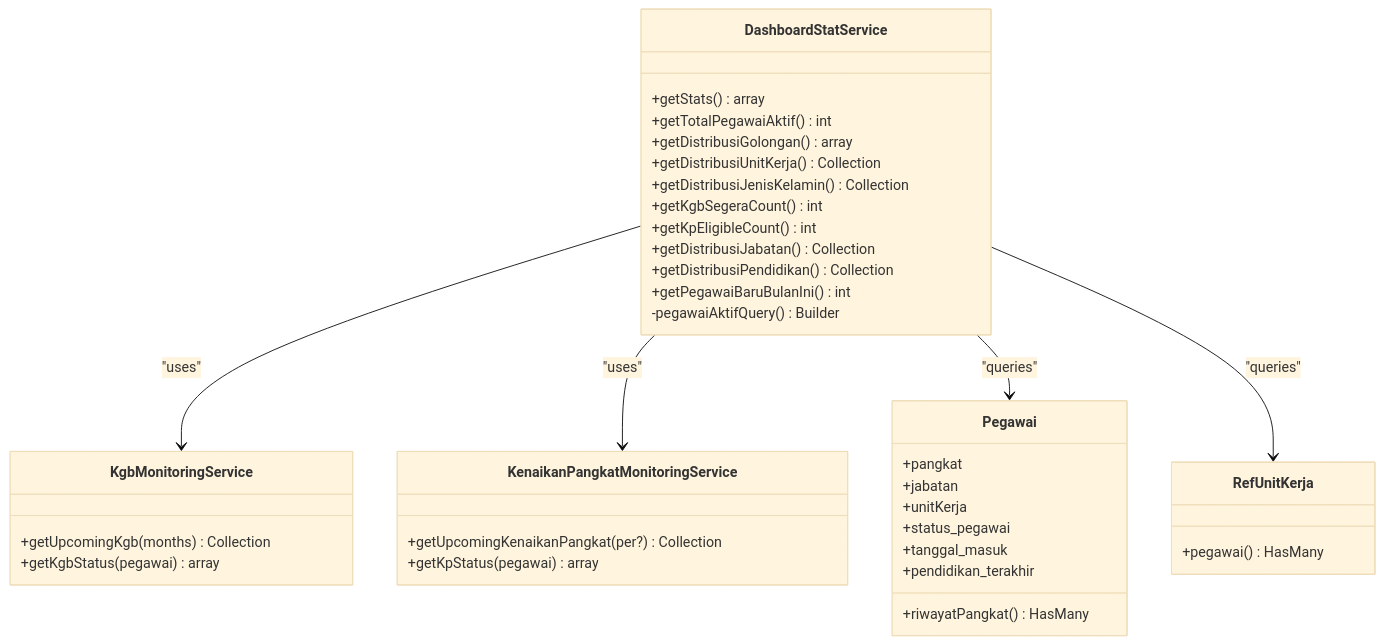
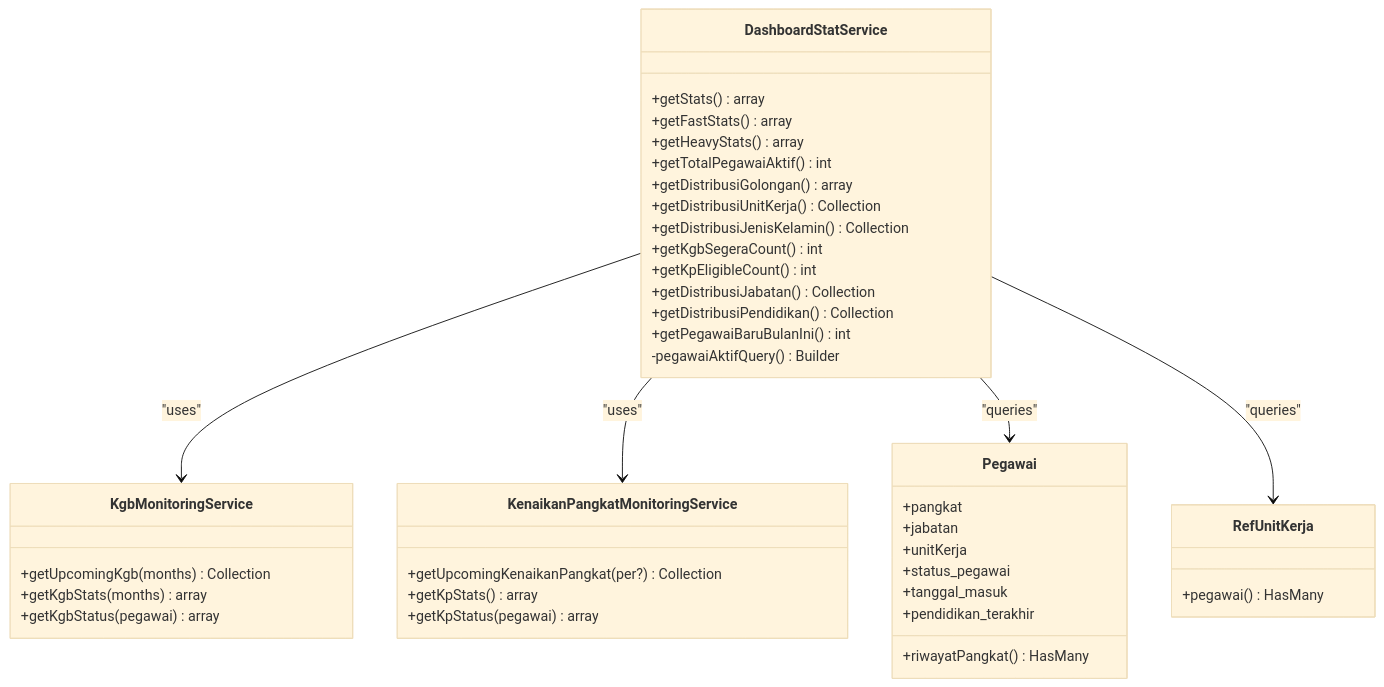
Before and after one commit to PA-Penajam/kepegawaian_apps: the third of 5 diagrams in .qoder/repowiki/en/content/Monitoring and Analytics System/Dashboard Analytics and Statistics.md, drawn with Mermaid (base theme). The commit also changed other lines of this file and 22 other files, not shown here.

````diff
--- a/.qoder/repowiki/en/content/Monitoring and Analytics System/Dashboard Analytics and Statistics.md
+++ b/.qoder/repowiki/en/content/Monitoring and Analytics System/Dashboard Analytics and Statistics.md
@@ -169,40 +205,44 @@
 ```mermaid
 classDiagram
 class DashboardStatService {
 +getStats() array
++getFastStats() array
++getHeavyStats() array
 +getTotalPegawaiAktif() int
 +getDistribusiGolongan() array
 +getDistribusiUnitKerja() Collection
 +getDistribusiJenisKelamin() Collection
 +getKgbSegeraCount() int
 +getKpEligibleCount() int
 +getDistribusiJabatan() Collection
 +getDistribusiPendidikan() Collection
 +getPegawaiBaruBulanIni() int
 -pegawaiAktifQuery() Builder
 }
 class KgbMonitoringService {
 +getUpcomingKgb(months) Collection
++getKgbStats(months) array
 +getKgbStatus(pegawai) array
 }
 class KenaikanPangkatMonitoringService {
 +getUpcomingKenaikanPangkat(per?) Collection
++getKpStats() array
 +getKpStatus(pegawai) array
 }
 class Pegawai {
 +riwayatPangkat() HasMany
 +pangkat
 +jabatan
 +unitKerja
 +status_pegawai
 +tanggal_masuk
 +pendidikan_terakhir
 }
 class RefUnitKerja {
 +pegawai() HasMany
 }
 DashboardStatService --> KgbMonitoringService : "uses"
 DashboardStatService --> KenaikanPangkatMonitoringService : "uses"
 DashboardStatService --> Pegawai : "queries"
 DashboardStatService --> RefUnitKerja : "queries"
 ```
````
